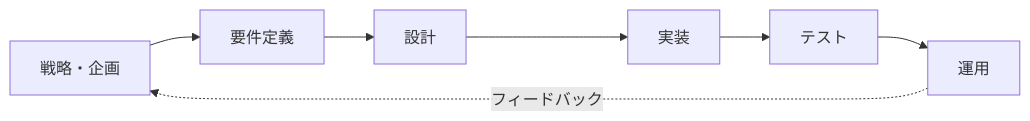
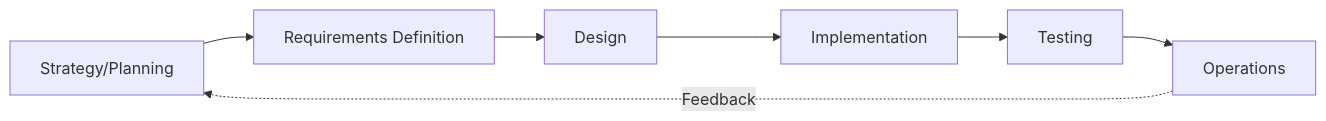
The first of 5 diagrams in docs/workflows/development-phases.md (shuji-bonji/ai-agent-architecture), drawn with Mermaid before and after one commit. The commit also changed other lines of this file and 42 other files, not shown here.

````diff
--- a/docs/workflows/development-phases.md
+++ b/docs/workflows/development-phases.md
@@ -13,10 +15,10 @@
 ```mermaid
 flowchart LR
-    P1[戦略・企画] --> P2[要件定義]
-    P2 --> P3[設計]
-    P3 --> P4[実装]
-    P4 --> P5[テスト]
-    P5 --> P6[運用]
+    P1[Strategy/Planning] --> P2[Requirements Definition]
+    P2 --> P3[Design]
+    P3 --> P4[Implementation]
+    P4 --> P5[Testing]
+    P5 --> P6[Operations]
 
-    P6 -.->|フィードバック| P1
+    P6 -.->|Feedback| P1
 ```
````
